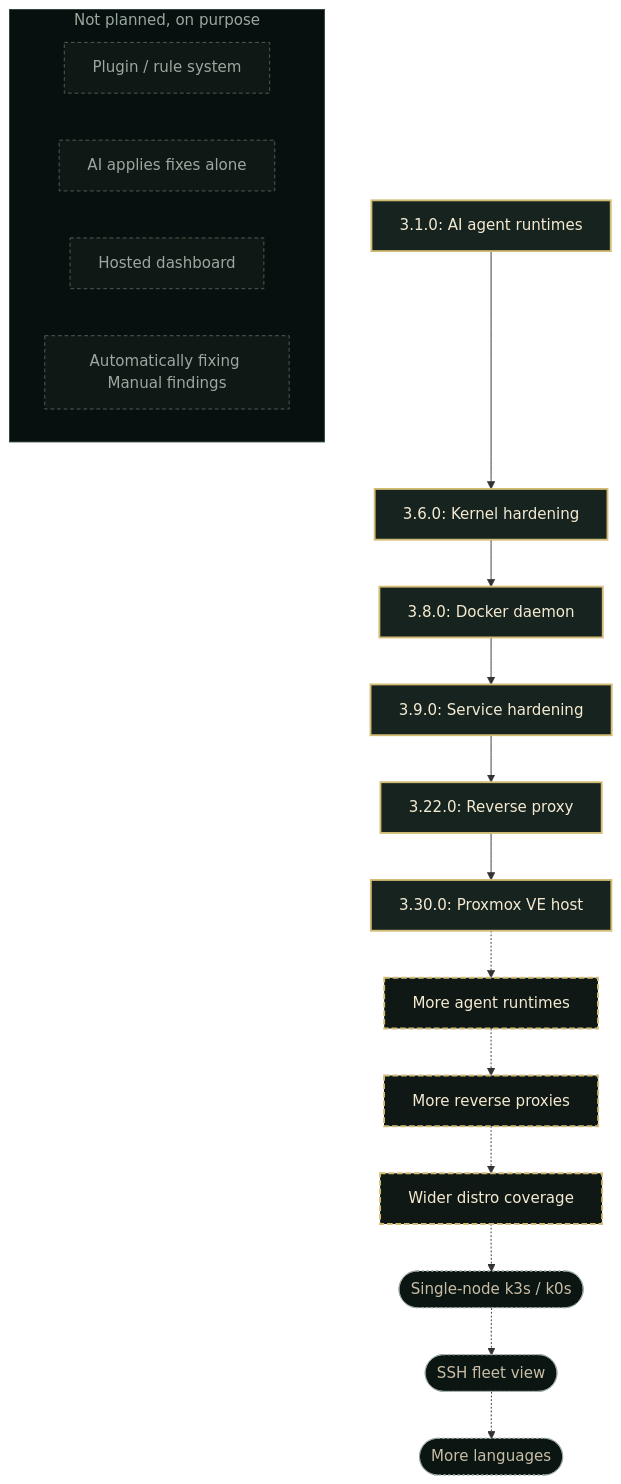
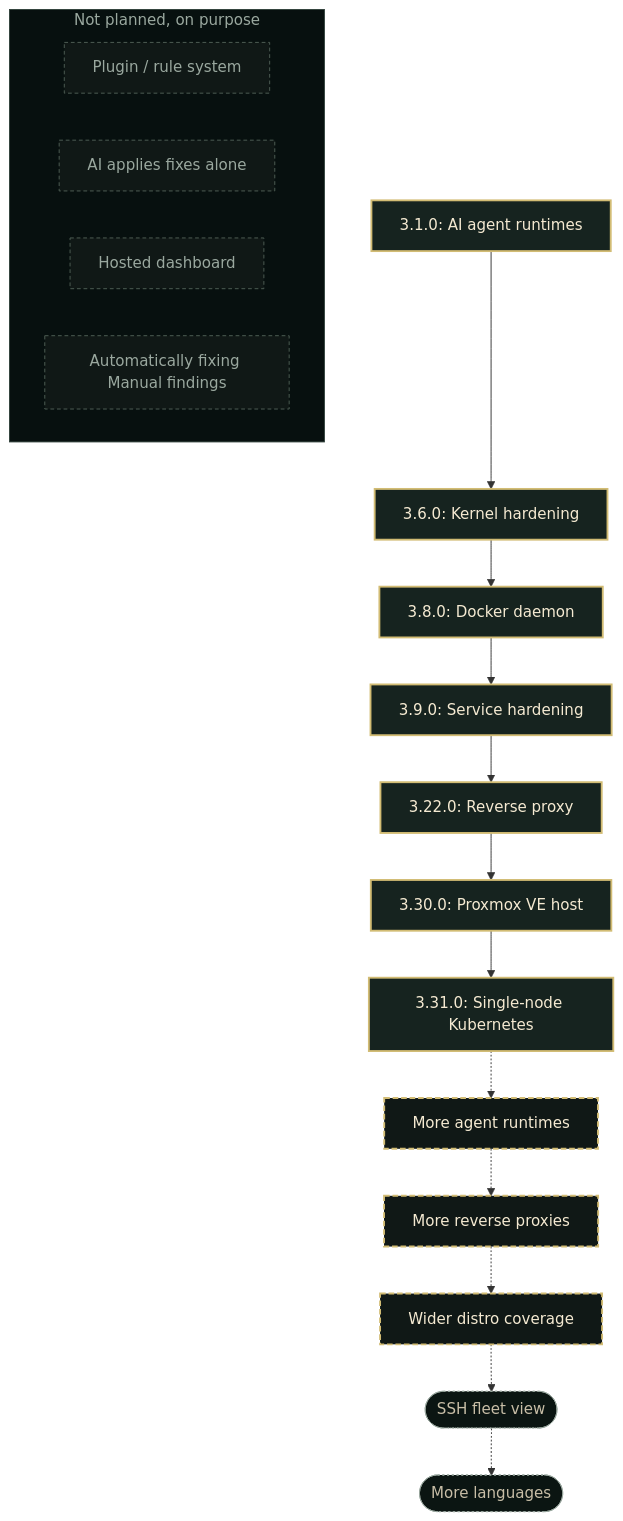
Before and after one commit to seolcu/hostveil: the diagram in README.md, drawn with Mermaid. The commit also changed 9 other files, not shown here.

````diff
--- a/README.md
+++ b/README.md
@@ -375,33 +375,33 @@
 ```mermaid
 graph TD
     v1["3.1.0: AI agent runtimes"] --> v2["3.6.0: Kernel hardening"]
     v2 --> v3["3.8.0: Docker daemon"]
     v3 --> v4["3.9.0: Service hardening"]
     v4 --> v5["3.22.0: Reverse proxy"]
     v5 --> v6["3.30.0: Proxmox VE host"]
-    v6 -.-> n1["More agent runtimes"]
+    v6 --> v7["3.31.0: Single-node Kubernetes"]
+    v7 -.-> n1["More agent runtimes"]
     n1 -.-> n2["More reverse proxies"]
     n2 -.-> n3["Wider distro coverage"]
-    n3 -.-> e2(["Single-node k3s / k0s"])
-    e2 -.-> e3(["SSH fleet view"])
+    n3 -.-> e3(["SSH fleet view"])
     e3 -.-> e4(["More languages"])
 
     subgraph np["Not planned, on purpose"]
         x1["Plugin / rule system"]
         x2["AI applies fixes alone"]
         x3["Hosted dashboard"]
         x4["Automatically fixing Manual findings"]
     end
 
     classDef shipped fill:#16231f,stroke:#d2bc74,stroke-width:2px,color:#f5ead2
     classDef next fill:#101816,stroke:#d2bc74,stroke-width:2px,stroke-dasharray:6 3,color:#f5ead2
     classDef exploring fill:#0b1512,stroke:#9aa89f,stroke-width:1px,stroke-dasharray:2 3,color:#c8bea7
     classDef notplanned fill:#101816,stroke:#516057,stroke-width:1px,stroke-dasharray:4 3,color:#9aa89f
     classDef npTitle fill:#07100f,stroke:#31413b,color:#9aa89f
 
-    class v1,v2,v3,v4,v5,v6 shipped
+    class v1,v2,v3,v4,v5,v6,v7 shipped
     class n1,n2,n3 next
-    class e2,e3,e4 exploring
+    class e3,e4 exploring
     class x1,x2,x3,x4 notplanned
     class np npTitle
 ```
````
